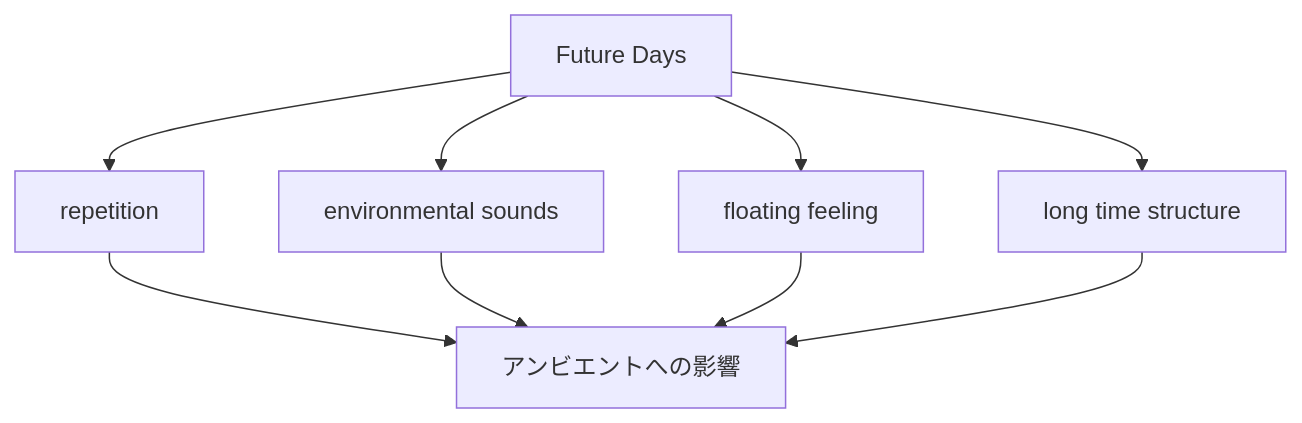
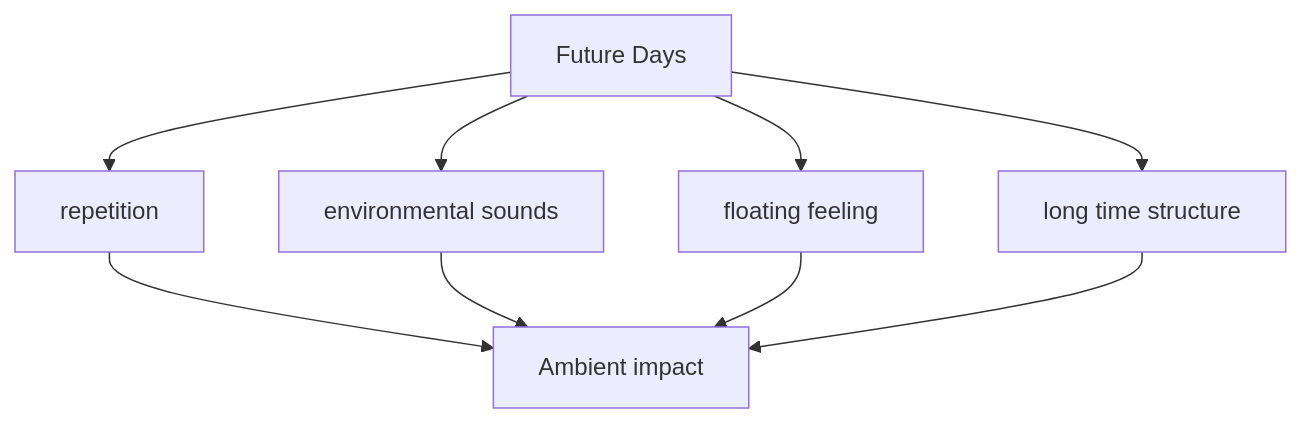
The fourth of 8 diagrams in en/_posts/2026-05-16-column-holger-czukay.md (monumental-movement/monumental-movement.github.io), drawn with Mermaid before and after one commit. The commit also changed other lines of this file and 851 other files, not shown here.

```diff
--- a/en/_posts/2026-05-16-column-holger-czukay.md
+++ b/en/_posts/2026-05-16-column-holger-czukay.md
@@ -262,11 +262,11 @@
 <div class="mermaid">
 graph TD
 A[Future Days] --> B[repetition]
 A --> C[environmental sounds]
 A --> D[floating feeling]
 A --> E[long time structure]
-B --> F[アンビエントへの影響]
+B --> F[Ambient impact]
 C --> F
 D --> F
 E --> F
 </div>
```
